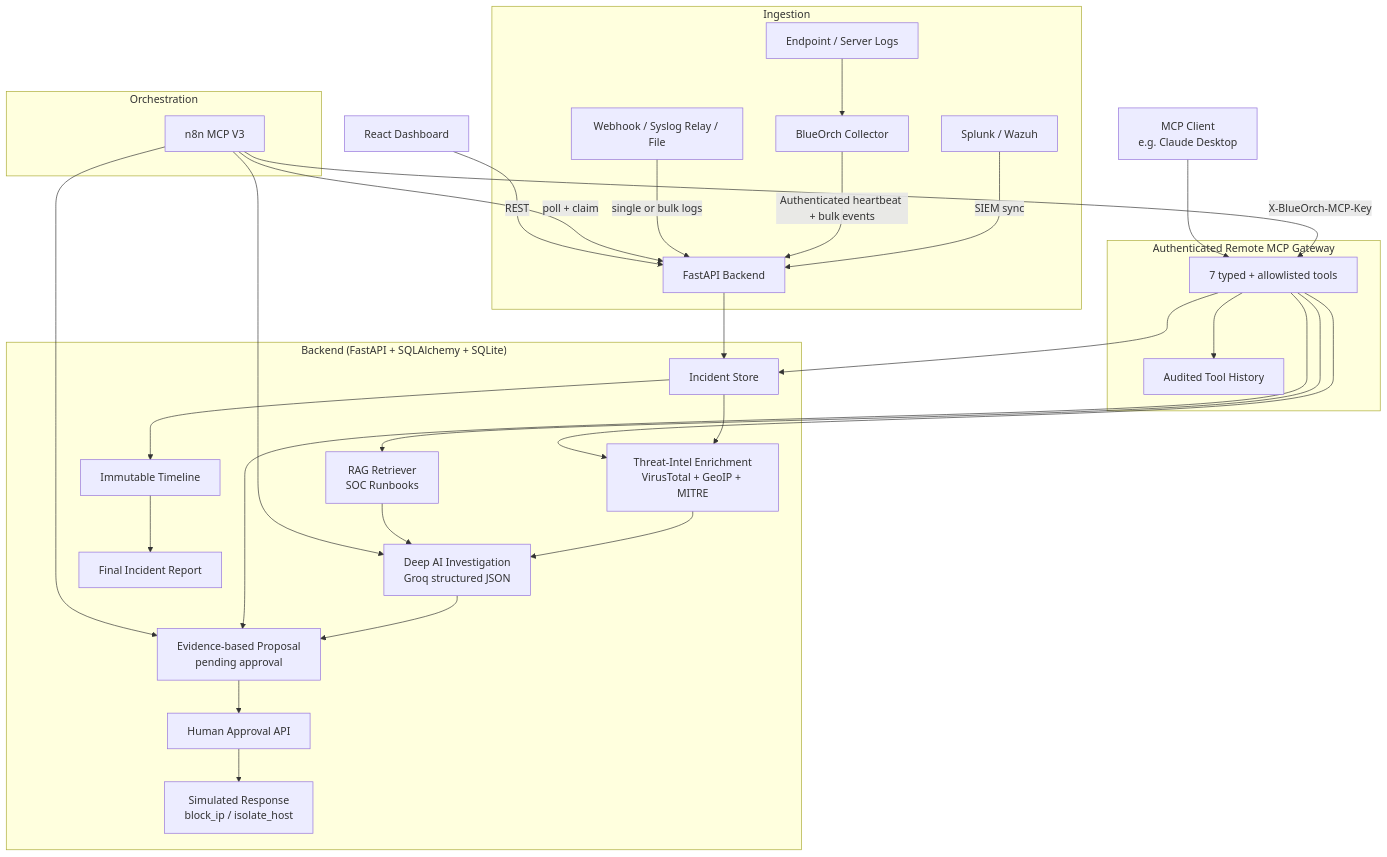
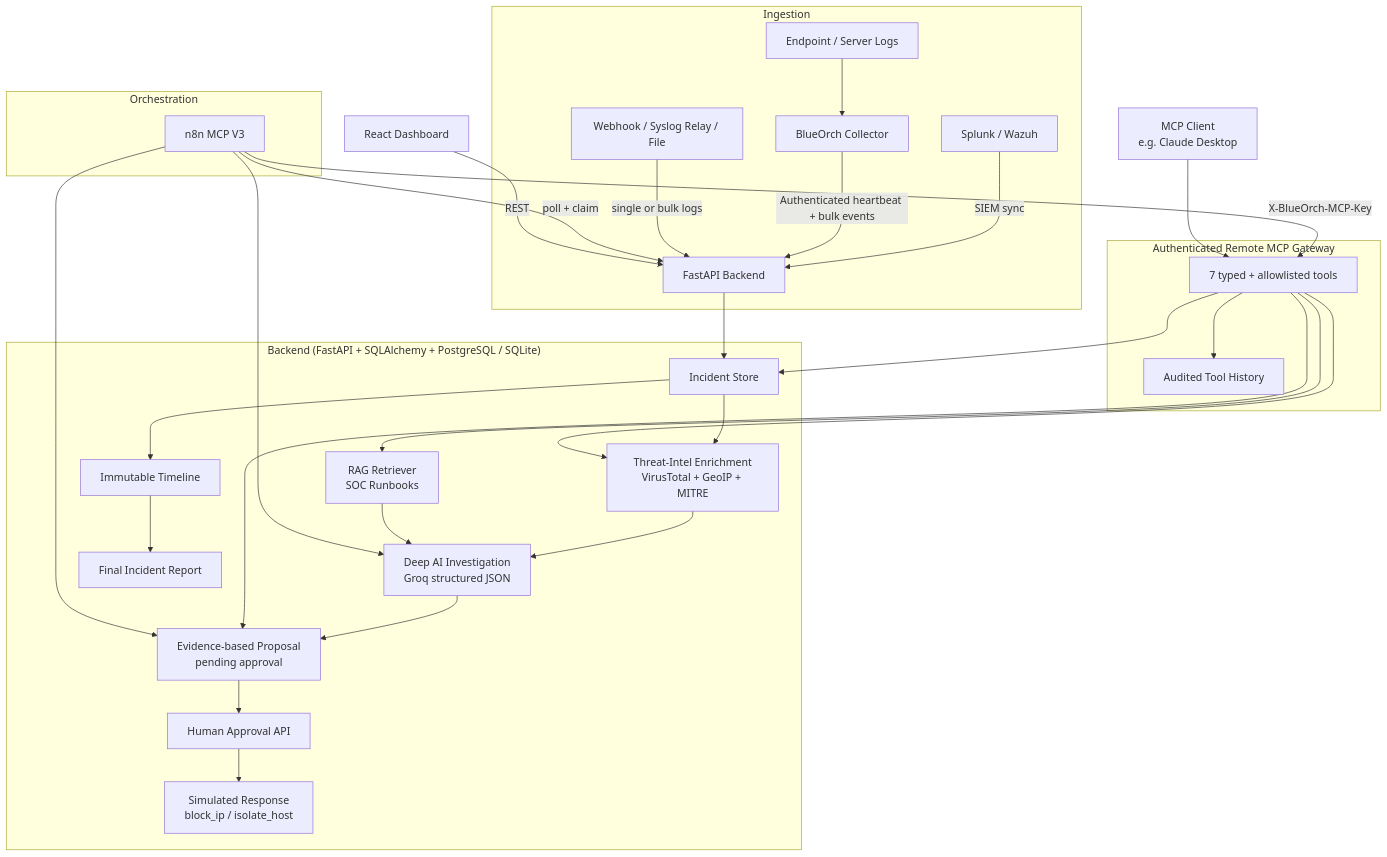
Before and after one commit to vasanth-void-0x/AegisFlow-SOC-Automation: the diagram in README.md, drawn with Mermaid. The commit also changed other lines of this file, not shown here.

Commit message:
docs: present MVP architecture and production roadmap

````diff
--- a/README.md
+++ b/README.md
@@ -54,39 +78,39 @@
 ```mermaid
 flowchart TB
     subgraph Ingestion
         A[Splunk / Wazuh] -->|SIEM sync| B[FastAPI Backend]
         O[Endpoint / Server Logs] --> P[BlueOrch Collector]
         P -->|Authenticated heartbeat + bulk events| B
         Q[Webhook / Syslog Relay / File] -->|single or bulk logs| B
     end
 
-    subgraph Backend["Backend (FastAPI + SQLAlchemy + SQLite)"]
+    subgraph Backend["Backend (FastAPI + SQLAlchemy + PostgreSQL / SQLite)"]
         B --> C[Incident Store]
         C --> D[Threat-Intel Enrichment<br/>VirusTotal + GeoIP + MITRE]
         D --> E[Deep AI Investigation<br/>Groq structured JSON]
         F[RAG Retriever<br/>SOC Runbooks] --> E
         E --> G[Evidence-based Proposal<br/>pending approval]
         G --> H[Human Approval API]
         H --> I[Simulated Response<br/>block_ip / isolate_host]
         C --> J[Immutable Timeline]
         J --> R[Final Incident Report]
     end
 
     subgraph MCP["Authenticated Remote MCP Gateway"]
         K[7 typed + allowlisted tools] --> C
         K --> D
         K --> F
         K --> G
         K --> S[Audited Tool History]
     end
 
     subgraph Orchestration
         L[n8n MCP V3] -->|poll + claim| B
         L -->|X-BlueOrch-MCP-Key| K
         L --> E
         L --> G
     end
 
     M[React Dashboard] -->|REST| B
     N[MCP Client<br/>e.g. Claude Desktop] --> K
 ```
````
